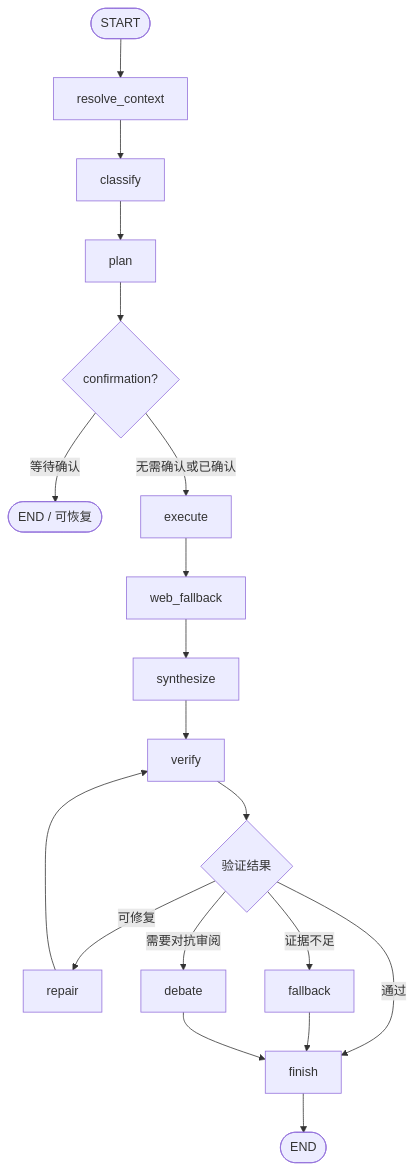
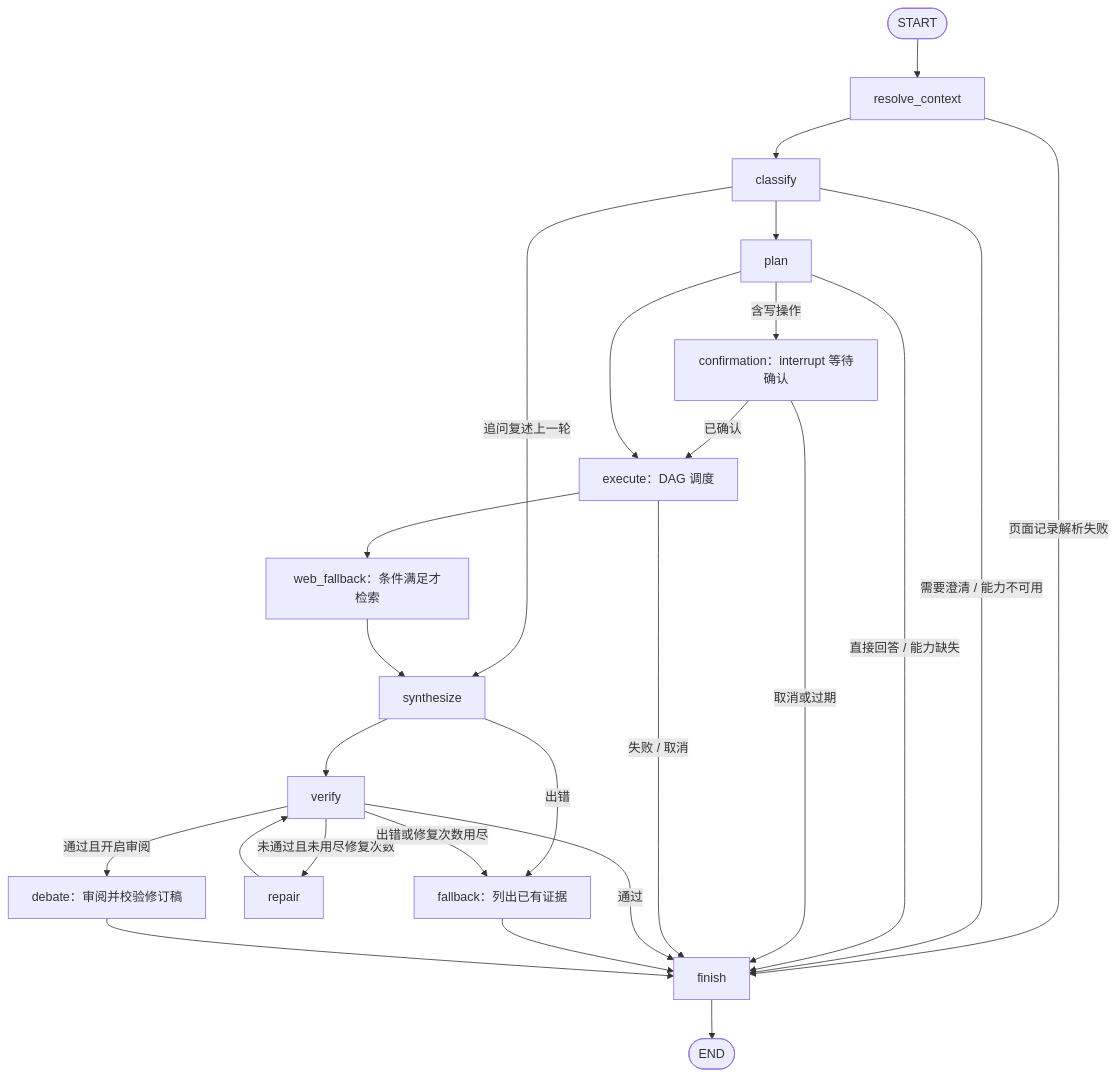
Before and after one commit to YuhanWang03/market-intelligence-workbench: the diagram in v2/agent_v3/README.md, drawn with Mermaid. The commit also changed other lines of this file and 2 other files, not shown here.

Commit message:
docs: the two flow diagrams match the code
Both diagrams drew adversarial review as one kind of repair on the
"fixable" branch. In both agents review runs only after verification has
passed, and a revision must pass verification again or the original
answer is kept. V2's repair loop lives inside the synthesizer (draft,
up to two repairs, deterministic summary) with the orchestrator
verifying once more afterwards; the fallback is reached when repairs
run out, not on "insufficient evidence". The V3 diagram now carries
every edge of the compiled graph (architecture.mmd) with its condition:
classify to synthesize on a restated follow-up, classify and plan to
finish, synthesize to fallback on error, the confirmation interrupt's
two exits. Both diagrams rendered with Mermaid 11 before committing.

````diff
--- a/v2/agent_v3/README.md
+++ b/v2/agent_v3/README.md
@@ -19,21 +19,27 @@
 ```mermaid
 flowchart TD
-    A([START]) --> B[resolve_context]
-    B --> C[classify]
-    C --> D[plan]
-    D --> E{confirmation?}
-    E -- 等待确认 --> Z([END / 可恢复])
-    E -- 无需确认或已确认 --> F[execute]
-    F --> G[web_fallback]
-    G --> H[synthesize]
-    H --> I[verify]
-    I --> J{验证结果}
-    J -- 可修复 --> K[repair]
-    K --> I
-    J -- 证据不足 --> L[fallback]
-    J -- 需要对抗审阅 --> M[debate]
-    J -- 通过 --> N[finish]
-    L --> N
-    M --> N
-    N --> O([END])
+    A([START]) --> RC[resolve_context]
+    RC -- 页面记录解析失败 --> FIN
+    RC --> C[classify]
+    C -- 需要澄清 / 能力不可用 --> FIN
+    C -- 追问复述上一轮 --> S
+    C --> P[plan]
+    P -- 直接回答 / 能力缺失 --> FIN
+    P -- 含写操作 --> CF[confirmation：interrupt 等待确认]
+    CF -- 已确认 --> X
+    CF -- 取消或过期 --> FIN
+    P --> X[execute：DAG 调度]
+    X -- 失败 / 取消 --> FIN
+    X --> WF[web_fallback：条件满足才检索]
+    WF --> S[synthesize]
+    S -- 出错 --> FB
+    S --> V[verify]
+    V -- 未通过且未用尽修复次数 --> RP[repair]
+    RP --> V
+    V -- 出错或修复次数用尽 --> FB[fallback：列出已有证据]
+    V -- 通过且开启审阅 --> DB[debate：审阅并校验修订稿]
+    V -- 通过 --> FIN[finish]
+    FB --> FIN
+    DB --> FIN
+    FIN --> E([END])
 ```
````
